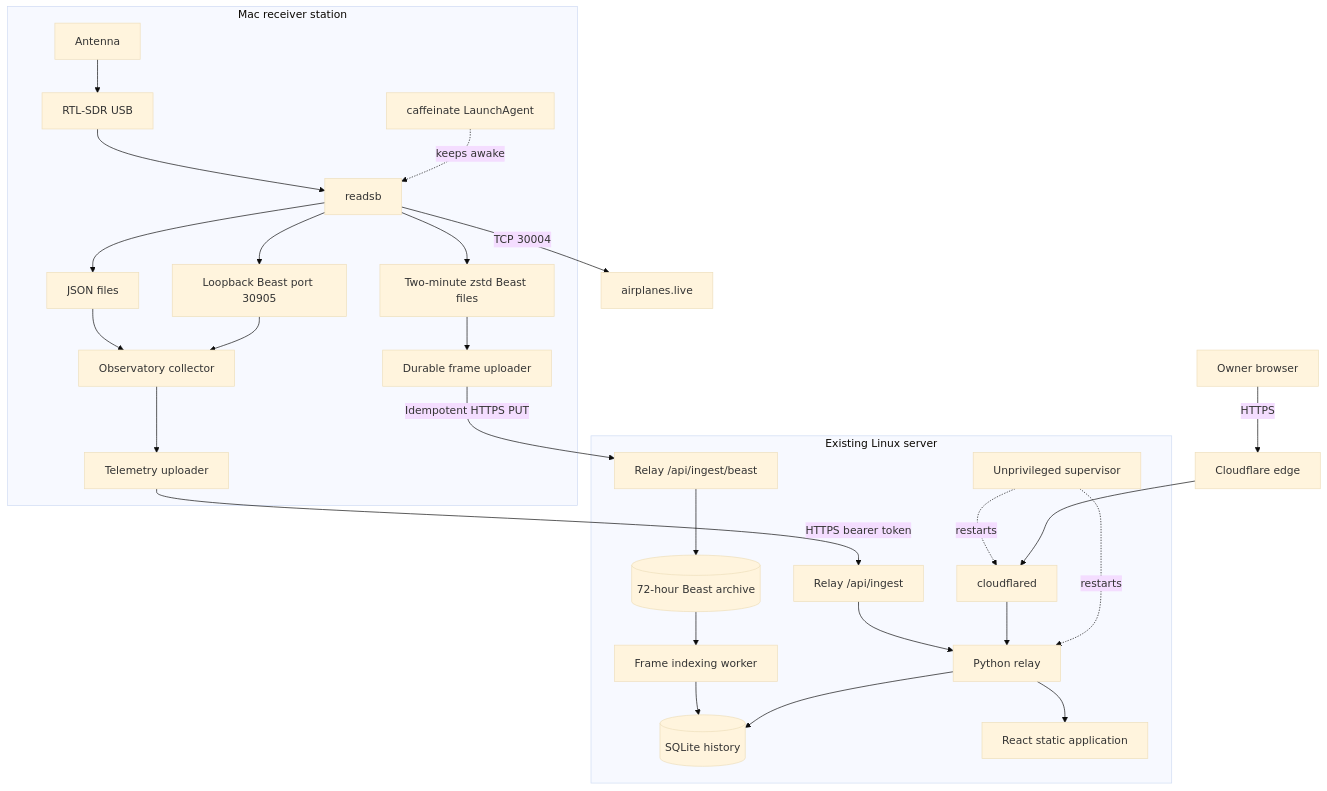
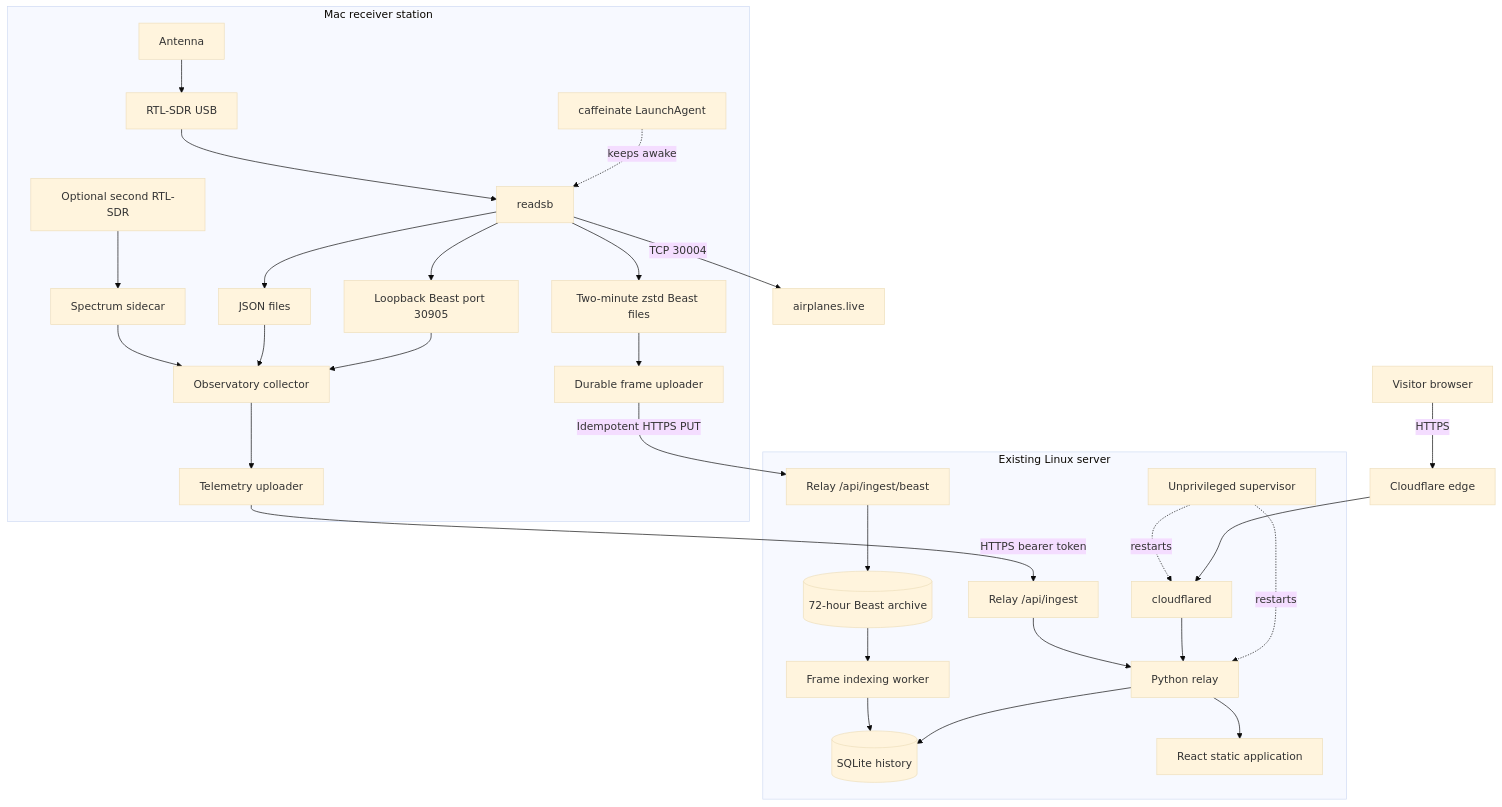
One commit to ramideltoro/antenna_observatory changed the second of 6 diagrams in wiki-site/docs/architecture.md. Above: the diagram before and after it, drawn with Mermaid (base theme). The commit also changed other lines of this file and 29 other files, not shown here.

````diff
--- a/wiki-site/docs/architecture.md
+++ b/wiki-site/docs/architecture.md
@@ -23,34 +23,36 @@
 ```mermaid
 flowchart TB
     subgraph Home[Mac receiver station]
       Ant[Antenna] --> SDR[RTL-SDR USB]
       SDR --> Readsb[readsb]
+      SDR2[Optional second RTL-SDR] --> Spectrum[Spectrum sidecar]
+      Spectrum --> Collector
       Readsb --> JSON[JSON files]
       Readsb --> Beast[Loopback Beast port 30905]
       Readsb --> Dump[Two-minute zstd Beast files]
       JSON --> Collector[Observatory collector]
       Beast --> Collector
       Awake[caffeinate LaunchAgent] -. keeps awake .-> Readsb
       Collector --> Uplink[Telemetry uploader]
       Dump --> FrameUplink[Durable frame uploader]
     end
 
     Readsb -->|TCP 30004| AL[airplanes.live]
     Uplink -->|HTTPS bearer token| Ingest[Relay /api/ingest]
     FrameUplink -->|Idempotent HTTPS PUT| BatchIngest[Relay /api/ingest/beast]
 
     subgraph VPS[Existing Linux server]
       Ingest --> Relay[Python relay]
       BatchIngest --> Archive[(72-hour Beast archive)]
       Archive --> Worker[Frame indexing worker]
       Worker --> SQLite
       Relay --> SQLite[(SQLite history)]
       Relay --> Static[React static application]
       Tunnel[cloudflared] --> Relay
       Supervisor[Unprivileged supervisor] -. restarts .-> Relay
       Supervisor -. restarts .-> Tunnel
     end
 
-    Browser[Owner browser] -->|HTTPS| CF[Cloudflare edge]
+    Browser[Visitor browser] -->|HTTPS| CF[Cloudflare edge]
     CF --> Tunnel
 ```
````
